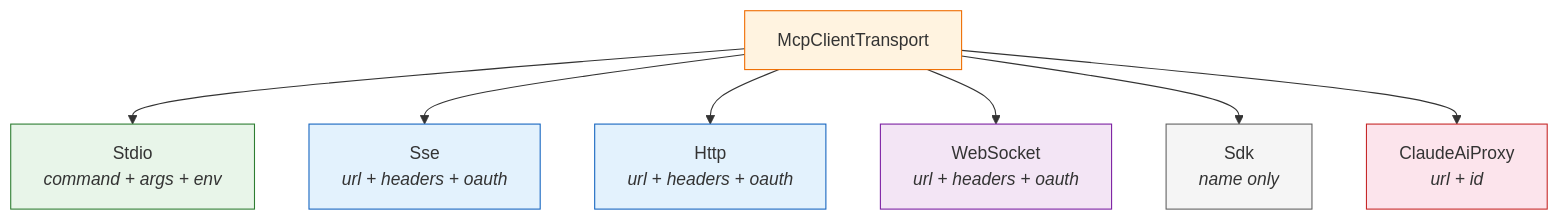
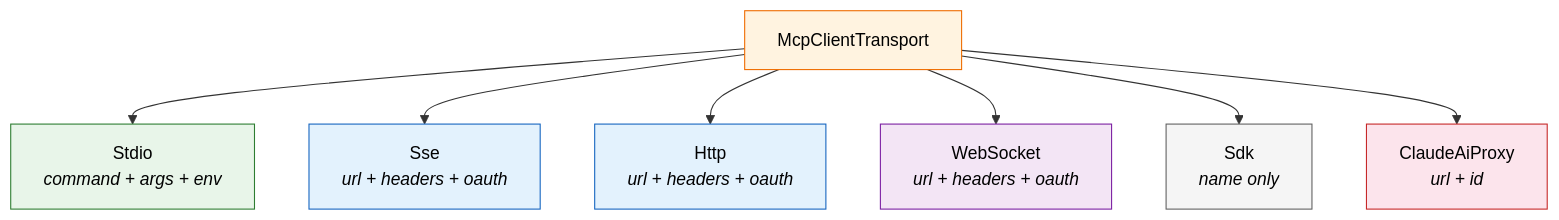
The diagram in mcp.md (supratik-bhattacharya-2020/claw-code-docs), drawn with Mermaid before and after one commit. The commit also changed 7 other files, not shown here.

First line of the commit message:
Add explicit black text color to all Mermaid diagram nodes

````diff
--- a/mcp.md
+++ b/mcp.md
@@ -42,18 +42,18 @@
 ```mermaid
 graph TD
     MCP["McpClientTransport"]
     MCP --> STDIO["Stdio<br/><i>command + args + env</i>"]
     MCP --> SSE["Sse<br/><i>url + headers + oauth</i>"]
     MCP --> HTTP["Http<br/><i>url + headers + oauth</i>"]
     MCP --> WS["WebSocket<br/><i>url + headers + oauth</i>"]
     MCP --> SDK["Sdk<br/><i>name only</i>"]
     MCP --> PROXY["ClaudeAiProxy<br/><i>url + id</i>"]
 
-    style MCP fill:#fff3e0,stroke:#ef6c00
-    style STDIO fill:#e8f5e9,stroke:#2e7d32
-    style SSE fill:#e3f2fd,stroke:#1565c0
-    style HTTP fill:#e3f2fd,stroke:#1565c0
-    style WS fill:#f3e5f5,stroke:#7b1fa2
-    style SDK fill:#f5f5f5,stroke:#616161
-    style PROXY fill:#fce4ec,stroke:#c62828
+    style MCP fill:#fff3e0,stroke:#ef6c00,color:#000
+    style STDIO fill:#e8f5e9,stroke:#2e7d32,color:#000
+    style SSE fill:#e3f2fd,stroke:#1565c0,color:#000
+    style HTTP fill:#e3f2fd,stroke:#1565c0,color:#000
+    style WS fill:#f3e5f5,stroke:#7b1fa2,color:#000
+    style SDK fill:#f5f5f5,stroke:#616161,color:#000
+    style PROXY fill:#fce4ec,stroke:#c62828,color:#000
 ```
````
